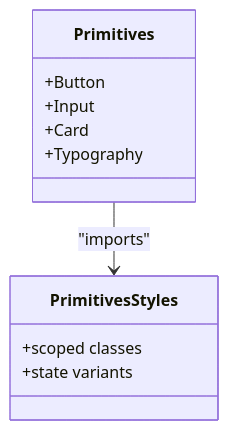
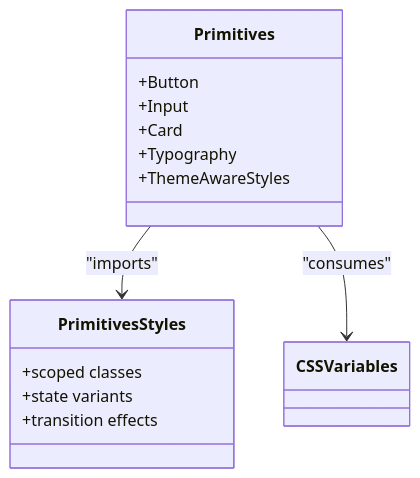
One commit to HassanAmeer/cheaprouter changed the third of 10 diagrams in .qoder/repowiki/en/content/Frontend Architecture/Styling System.md. Above: the diagram before and after it, drawn with Mermaid. The commit also changed other lines of this file and 54 other files, not shown here.

````diff
--- a/.qoder/repowiki/en/content/Frontend Architecture/Styling System.md
+++ b/.qoder/repowiki/en/content/Frontend Architecture/Styling System.md
@@ -231,14 +224,17 @@
 ```mermaid
 classDiagram
 class Primitives {
 +Button
 +Input
 +Card
 +Typography
++ThemeAwareStyles
 }
 class PrimitivesStyles {
 +scoped classes
 +state variants
++transition effects
 }
 Primitives --> PrimitivesStyles : "imports"
+Primitives --> CSSVariables : "consumes"
 ```
````
